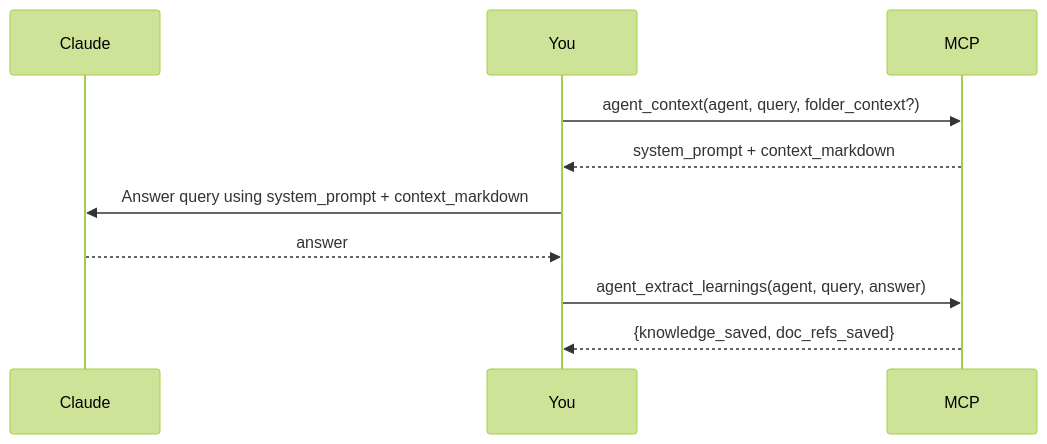
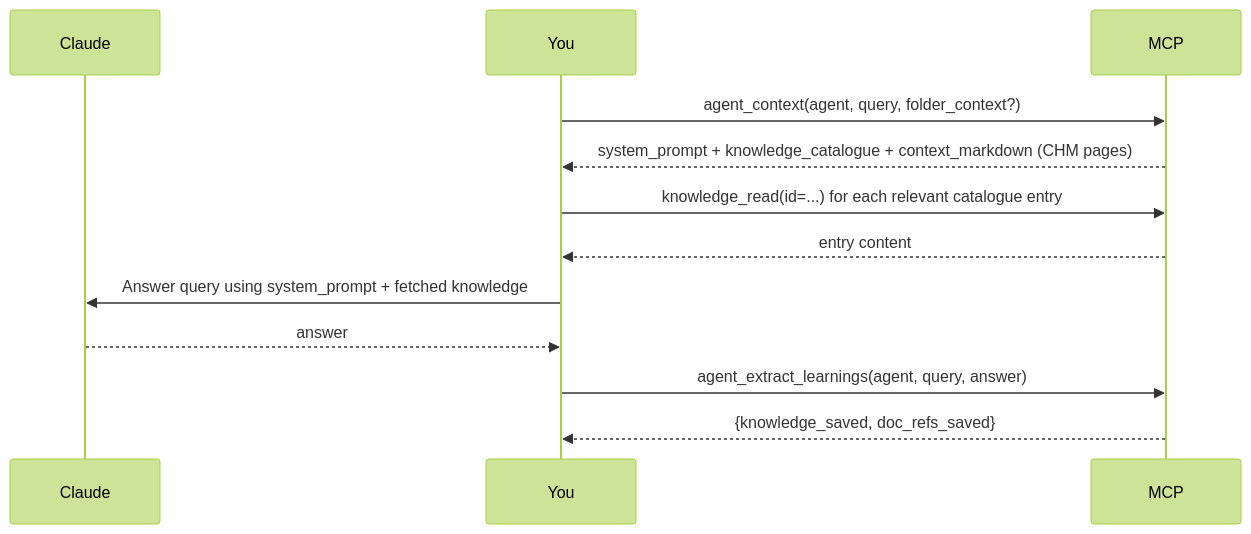
The diagram in README.md (gabrieltorresgamez/gabos-mcp), drawn with Mermaid (forest theme) before and after one commit. The commit also changed other lines of this file and 4 other files, not shown here.

Commit message:
Make agent_context return a knowledge catalogue instead of inlining content

````diff
--- a/README.md
+++ b/README.md
@@ -82,15 +82,18 @@
 ```mermaid
 sequenceDiagram
     participant Claude
     participant You
     participant MCP
 
     You->>MCP: agent_context(agent, query, folder_context?)
-    MCP-->>You: system_prompt + context_markdown
+    MCP-->>You: system_prompt + knowledge_catalogue + context_markdown (CHM pages)
 
-    You->>Claude: Answer query using system_prompt + context_markdown
+    You->>MCP: knowledge_read(id=...) for each relevant catalogue entry
+    MCP-->>You: entry content
+
+    You->>Claude: Answer query using system_prompt + fetched knowledge
     Claude-->>You: answer
 
     You->>MCP: agent_extract_learnings(agent, query, answer)
     MCP-->>You: {knowledge_saved, doc_refs_saved}
 ```
````
